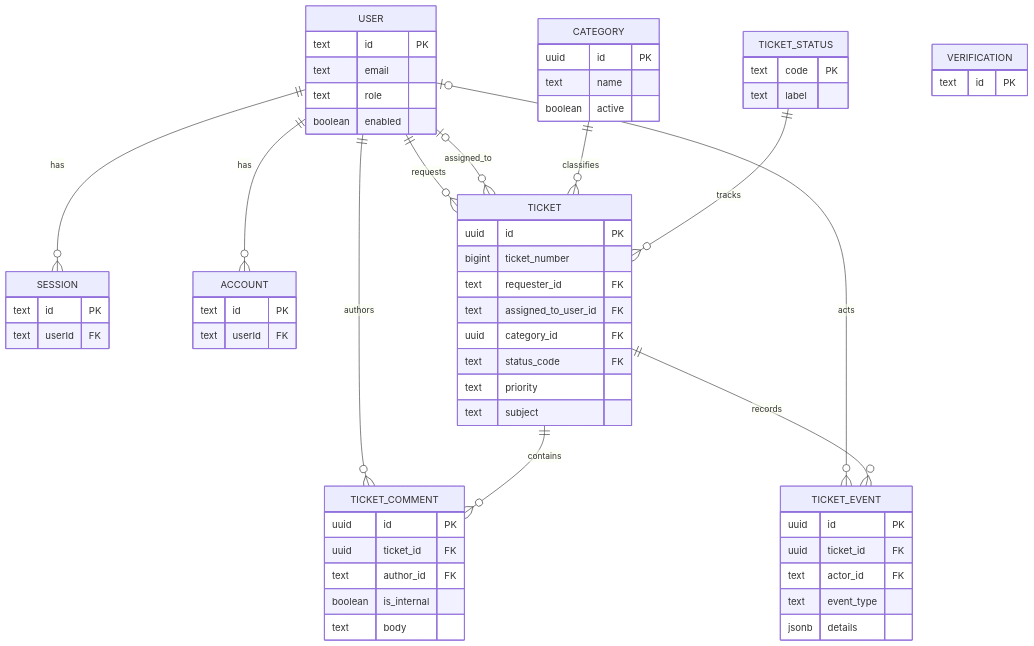
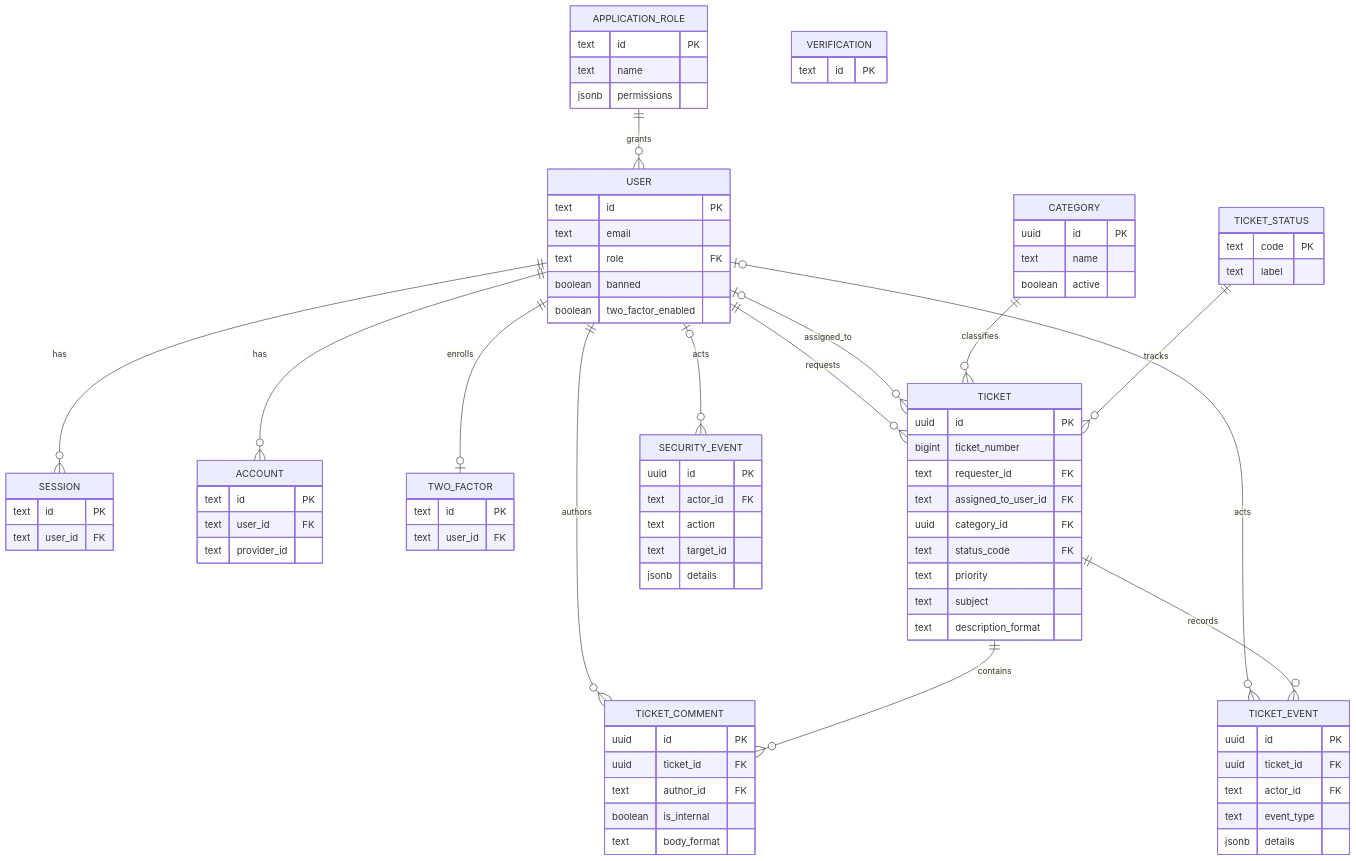
Before and after one commit to Mystery2099/capstone-ticket-system: the diagram in docs/diagrams/entity-relationship.mmd, drawn with Mermaid. The commit also changed 20 other files, not shown here.

First line of the commit message:
docs: consolidate architecture and deployment docs for formatted message

```diff
--- a/docs/diagrams/entity-relationship.mmd
+++ b/docs/diagrams/entity-relationship.mmd
@@ -1,61 +1,83 @@
 erDiagram
+  APPLICATION_ROLE ||--o{ USER : grants
   USER ||--o{ SESSION : has
   USER ||--o{ ACCOUNT : has
+  USER ||--o| TWO_FACTOR : enrolls
   USER ||--o{ TICKET : requests
   USER o|--o{ TICKET : assigned_to
   USER ||--o{ TICKET_COMMENT : authors
   USER o|--o{ TICKET_EVENT : acts
+  USER o|--o{ SECURITY_EVENT : acts
   CATEGORY ||--o{ TICKET : classifies
   TICKET_STATUS ||--o{ TICKET : tracks
   TICKET ||--o{ TICKET_COMMENT : contains
   TICKET ||--o{ TICKET_EVENT : records
+  APPLICATION_ROLE {
+    text id PK
+    text name
+    jsonb permissions
+  }
   USER {
     text id PK
     text email
-    text role
-    boolean enabled
+    text role FK
+    boolean banned
+    boolean two_factor_enabled
   }
   SESSION {
     text id PK
-    text userId FK
+    text user_id FK
   }
   ACCOUNT {
     text id PK
-    text userId FK
+    text user_id FK
+    text provider_id
+  }
+  TWO_FACTOR {
+    text id PK
+    text user_id FK
   }
   VERIFICATION {
     text id PK
   }
   CATEGORY {
     uuid id PK
     text name
     boolean active
   }
   TICKET_STATUS {
     text code PK
     text label
   }
   TICKET {
     uuid id PK
     bigint ticket_number
     text requester_id FK
     text assigned_to_user_id FK
     uuid category_id FK
     text status_code FK
     text priority
     text subject
+    text description_format
   }
   TICKET_COMMENT {
     uuid id PK
     uuid ticket_id FK
     text author_id FK
     boolean is_internal
-    text body
+    text body_format
   }
   TICKET_EVENT {
     uuid id PK
     uuid ticket_id FK
     text actor_id FK
     text event_type
     jsonb details
   }
+  SECURITY_EVENT {
+    uuid id PK
+    text actor_id FK
+    text action
+    text target_id
+    jsonb details
+  }
```
